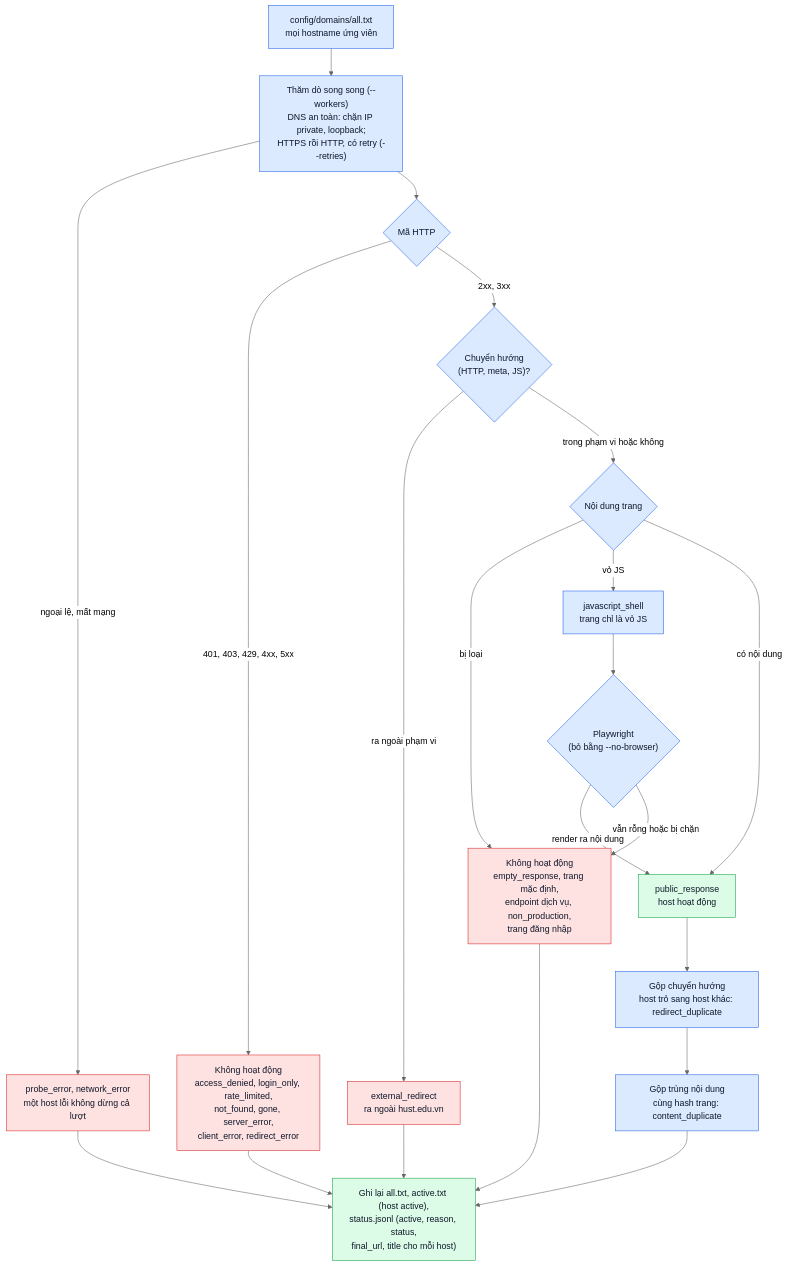
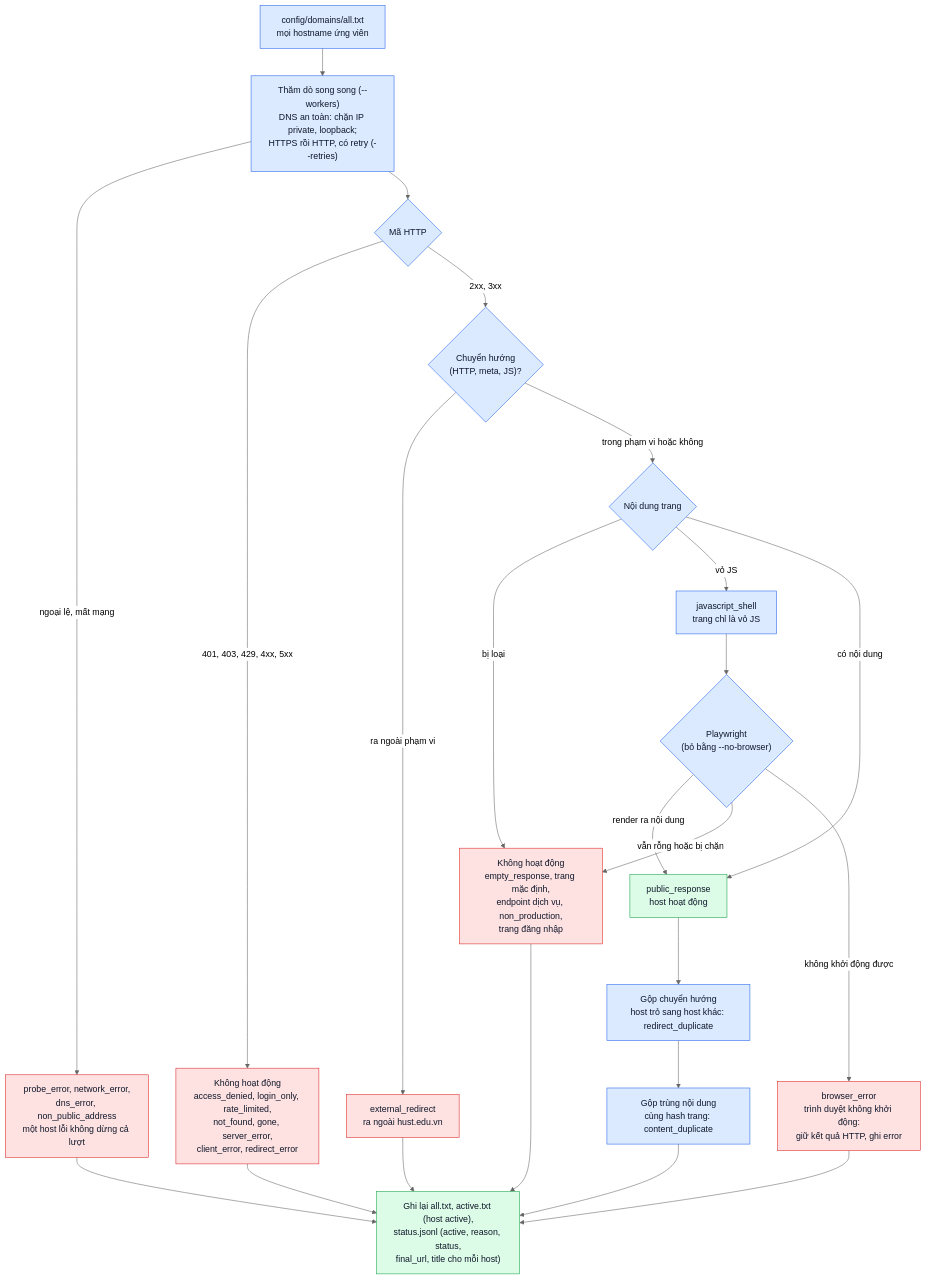
One commit to doanan293/WebCorpusPipeline changed the sixth of 7 diagrams in data_pipeline/docs/architecture.md. Above: the diagram before and after it, drawn with Mermaid (neutral theme). The commit also changed other lines of this file and 11 other files, not shown here.

````diff
--- a/data_pipeline/docs/architecture.md
+++ b/data_pipeline/docs/architecture.md
@@ -538,43 +542,45 @@
 ```mermaid
 flowchart TD
     ALL["config/domains/all.txt<br/>mọi hostname ứng viên"]
     PROBE["Thăm dò song song (--workers)<br/>DNS an toàn: chặn IP private, loopback;<br/>HTTPS rồi HTTP, có retry (--retries)"]
     HTTP{"Mã HTTP"}
     BADHTTP["Không hoạt động<br/>access_denied, login_only, rate_limited,<br/>not_found, gone, server_error,<br/>client_error, redirect_error"]
     REDIR{"Chuyển hướng<br/>(HTTP, meta, JS)?"}
     EXT["external_redirect<br/>ra ngoài hust.edu.vn"]
     BODY{"Nội dung trang"}
     REJ["Không hoạt động<br/>empty_response, trang mặc định,<br/>endpoint dịch vụ, non_production,<br/>trang đăng nhập"]
     SHELL["javascript_shell<br/>trang chỉ là vỏ JS"]
     BROWSER{"Playwright<br/>(bỏ bằng --no-browser)"}
+    BERR["browser_error<br/>trình duyệt không khởi động:<br/>giữ kết quả HTTP, ghi error"]
     PUBLIC["public_response<br/>host hoạt động"]
     CANON["Gộp chuyển hướng<br/>host trỏ sang host khác: redirect_duplicate"]
     DEDUP["Gộp trùng nội dung<br/>cùng hash trang: content_duplicate"]
     OUT["Ghi lại all.txt, active.txt (host active),<br/>status.jsonl (active, reason, status,<br/>final_url, title cho mỗi host)"]
-    ERR["probe_error, network_error<br/>một host lỗi không dừng cả lượt"]
+    ERR["probe_error, network_error,<br/>dns_error, non_public_address<br/>một host lỗi không dừng cả lượt"]
 
     ALL --> PROBE
     PROBE -- "ngoại lệ, mất mạng" --> ERR
     PROBE --> HTTP
     HTTP -- "401, 403, 429, 4xx, 5xx" --> BADHTTP
     HTTP -- "2xx, 3xx" --> REDIR
     REDIR -- "ra ngoài phạm vi" --> EXT
     REDIR -- "trong phạm vi hoặc không" --> BODY
     BODY -- "bị loại" --> REJ
     BODY -- "vỏ JS" --> SHELL --> BROWSER
     BROWSER -- "render ra nội dung" --> PUBLIC
     BROWSER -- "vẫn rỗng hoặc bị chặn" --> REJ
+    BROWSER -- "không khởi động được" --> BERR --> OUT
     BODY -- "có nội dung" --> PUBLIC
     PUBLIC --> CANON --> DEDUP --> OUT
     BADHTTP --> OUT
     EXT --> OUT
     REJ --> OUT
     ERR --> OUT
 
     classDef step fill:#dbeafe,stroke:#2563eb,color:#0f172a;
     classDef out fill:#dcfce7,stroke:#16a34a,color:#0f172a;
     classDef bad fill:#fee2e2,stroke:#dc2626,color:#0f172a;
     class ALL,PROBE,HTTP,REDIR,BODY,SHELL,BROWSER,CANON,DEDUP step;
     class PUBLIC,OUT out;
-    class BADHTTP,EXT,REJ,ERR bad;
+    class BADHTTP,EXT,REJ,ERR,BERR bad;
 ```
````
